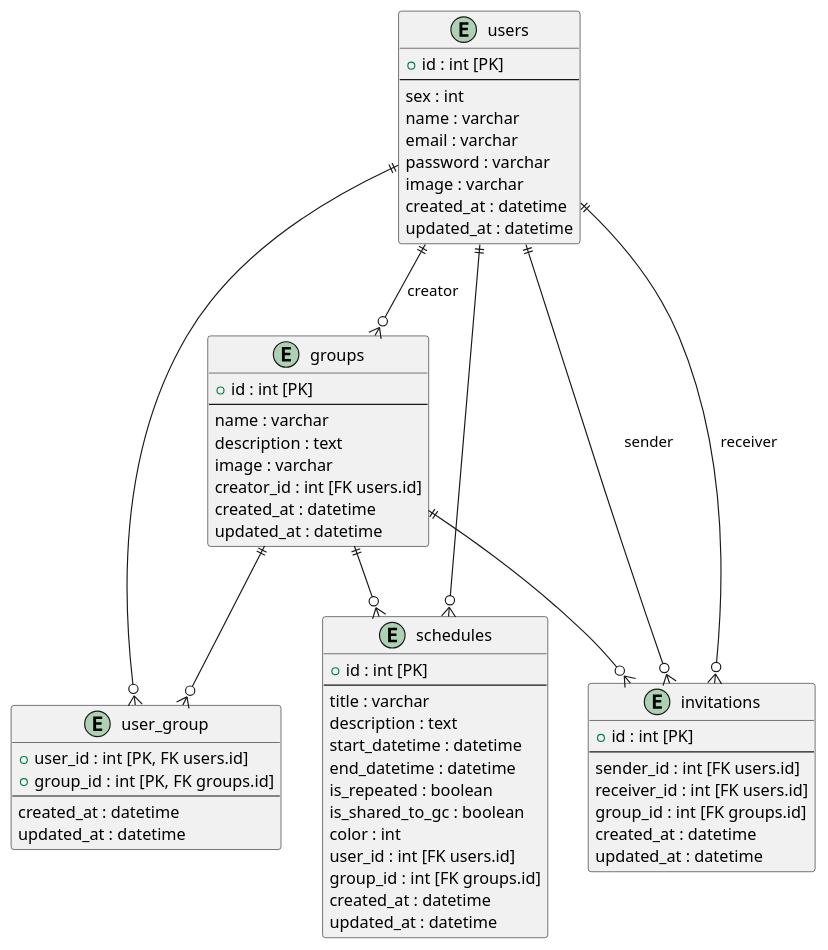
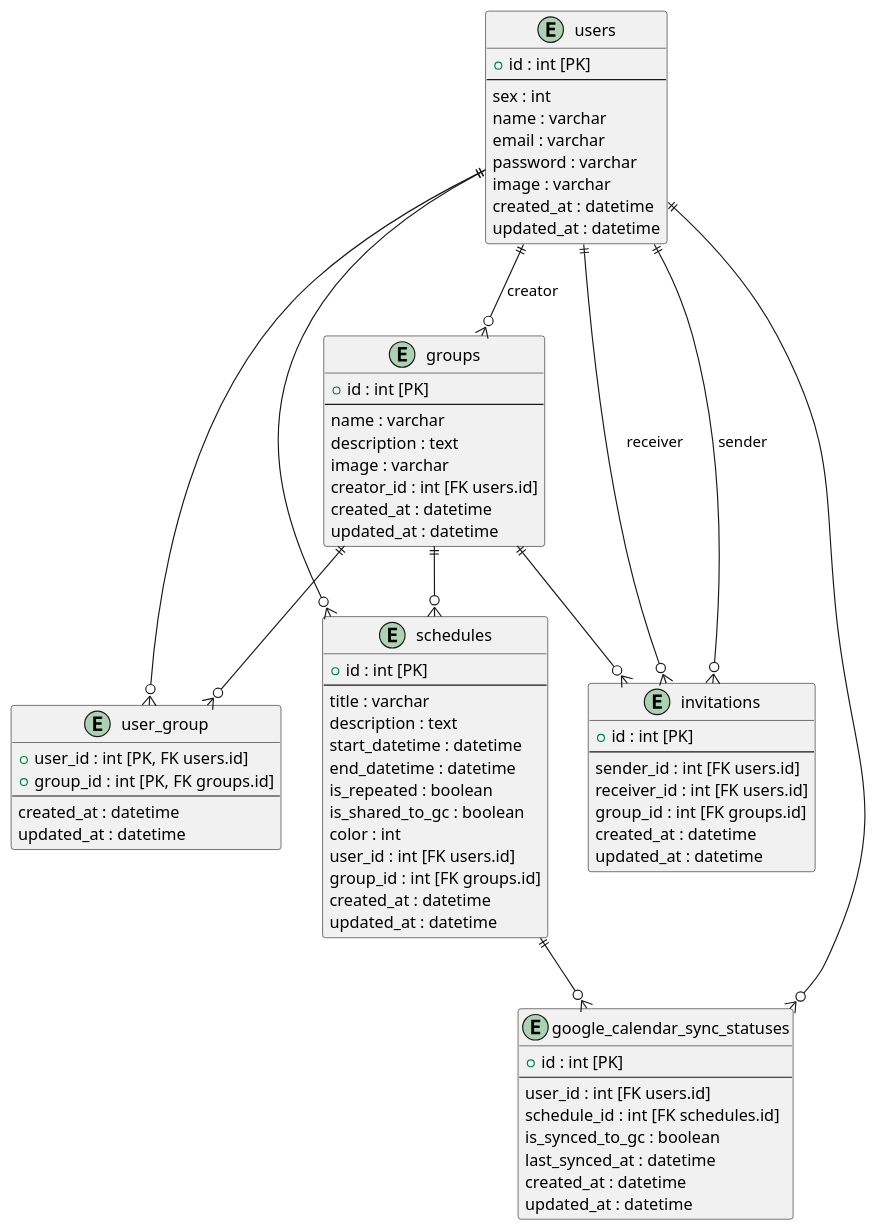
The diagram in ER.pu (bwkw/sharely), drawn with PlantUML before and after one commit.

Commit message:
:sparkles: Update ER

```diff
--- a/ER.pu
+++ b/ER.pu
@@ -1,69 +1,82 @@
 @startuml
 
 entity "users" {
   + id : int [PK]
   --
   sex : int
   name : varchar
   email : varchar
   password : varchar
   image : varchar
   created_at : datetime
   updated_at : datetime
 }
 
 entity "groups" {
   + id : int [PK]
   --
   name : varchar
   description : text
   image : varchar
   creator_id : int [FK users.id]
   created_at : datetime
   updated_at : datetime
 }
 
 entity "user_group" {
   + user_id : int [PK, FK users.id]
   + group_id : int [PK, FK groups.id]
   --
   created_at : datetime
   updated_at : datetime
 }
 
 entity "schedules" {
   + id : int [PK]
   --
   title : varchar
   description : text
   start_datetime : datetime
   end_datetime : datetime
   is_repeated : boolean
   is_shared_to_gc : boolean
   color : int
   user_id : int [FK users.id]
   group_id : int [FK groups.id]
   created_at : datetime
   updated_at : datetime
 }
 
 entity "invitations" {
   + id : int [PK]
   --
   sender_id : int [FK users.id]
   receiver_id : int [FK users.id]
   group_id : int [FK groups.id]
   created_at : datetime
   updated_at : datetime
 }
 
+entity "google_calendar_sync_statuses" {
+  + id : int [PK]
+  ---
+  user_id : int [FK users.id]
+  schedule_id : int [FK schedules.id]
+  is_synced_to_gc : boolean
+  last_synced_at : datetime
+  created_at : datetime
+  updated_at : datetime
+}
+
 users ||--o{ user_group
 users ||--o{ groups : creator
 groups ||--o{ user_group
 users ||--o{ schedules
 groups ||--o{ schedules
+users ||--o{ google_calendar_sync_statuses
+schedules ||--o{ google_calendar_sync_statuses
 users ||--o{ invitations : sender
 users ||--o{ invitations : receiver
 groups ||--o{ invitations
 
 @enduml
```
